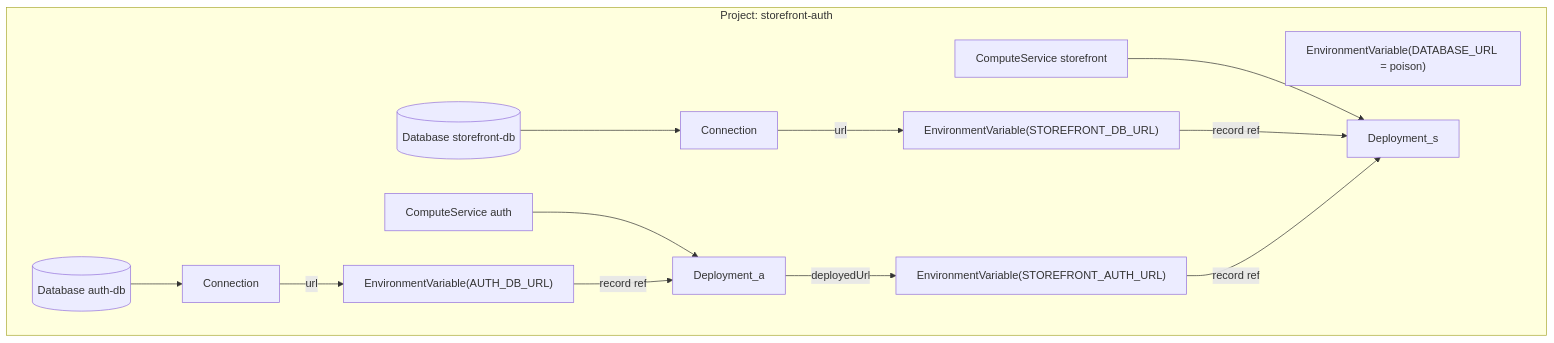
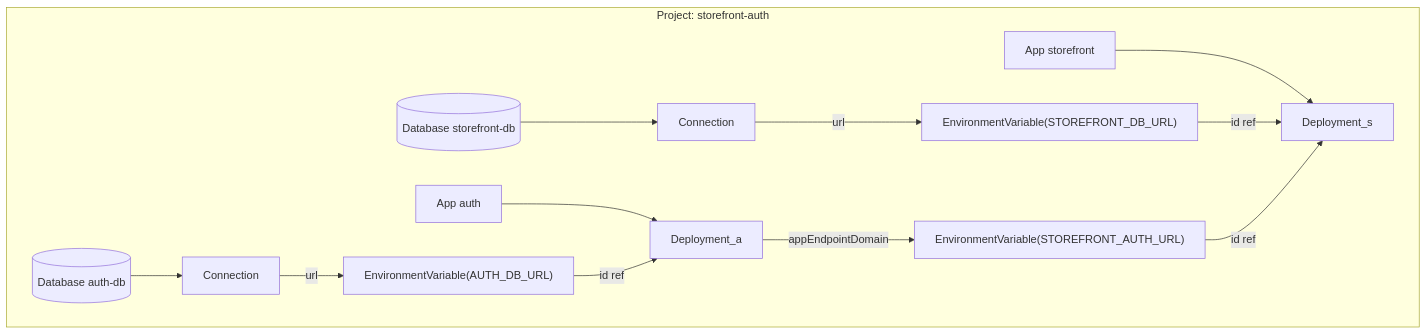
Before and after one commit to prisma/composer: the second of 2 diagrams in docs/design/05-prisma-cloud/alchemy-lowering.md, drawn with Mermaid. The commit also changed other lines of this file and 83 other files, not shown here.

````diff
--- a/docs/design/05-prisma-cloud/alchemy-lowering.md
+++ b/docs/design/05-prisma-cloud/alchemy-lowering.md
@@ -143,14 +162,13 @@
 ```mermaid
 flowchart TB
   subgraph P [Project: storefront-auth]
-    POISON["EnvironmentVariable(DATABASE_URL = poison)"]
     DBa[(Database auth-db)] --> Ca[Connection] -- url --> EVa["EnvironmentVariable(AUTH_DB_URL)"]
     DBs[(Database storefront-db)] --> Cs[Connection] -- url --> EVs["EnvironmentVariable(STOREFRONT_DB_URL)"]
-    Sa[ComputeService auth] --> Da[Deployment_a]
-    Ss[ComputeService storefront] --> Ds[Deployment_s]
-    EVa -- record ref --> Da
-    EVs -- record ref --> Ds
-    Da -- deployedUrl --> EVu["EnvironmentVariable(STOREFRONT_AUTH_URL)"]
-    EVu -- record ref --> Ds
+    Sa[App auth] --> Da[Deployment_a]
+    Ss[App storefront] --> Ds[Deployment_s]
+    EVa -- id ref --> Da
+    EVs -- id ref --> Ds
+    Da -- appEndpointDomain --> EVu["EnvironmentVariable(STOREFRONT_AUTH_URL)"]
+    EVu -- id ref --> Ds
   end
 ```
````
